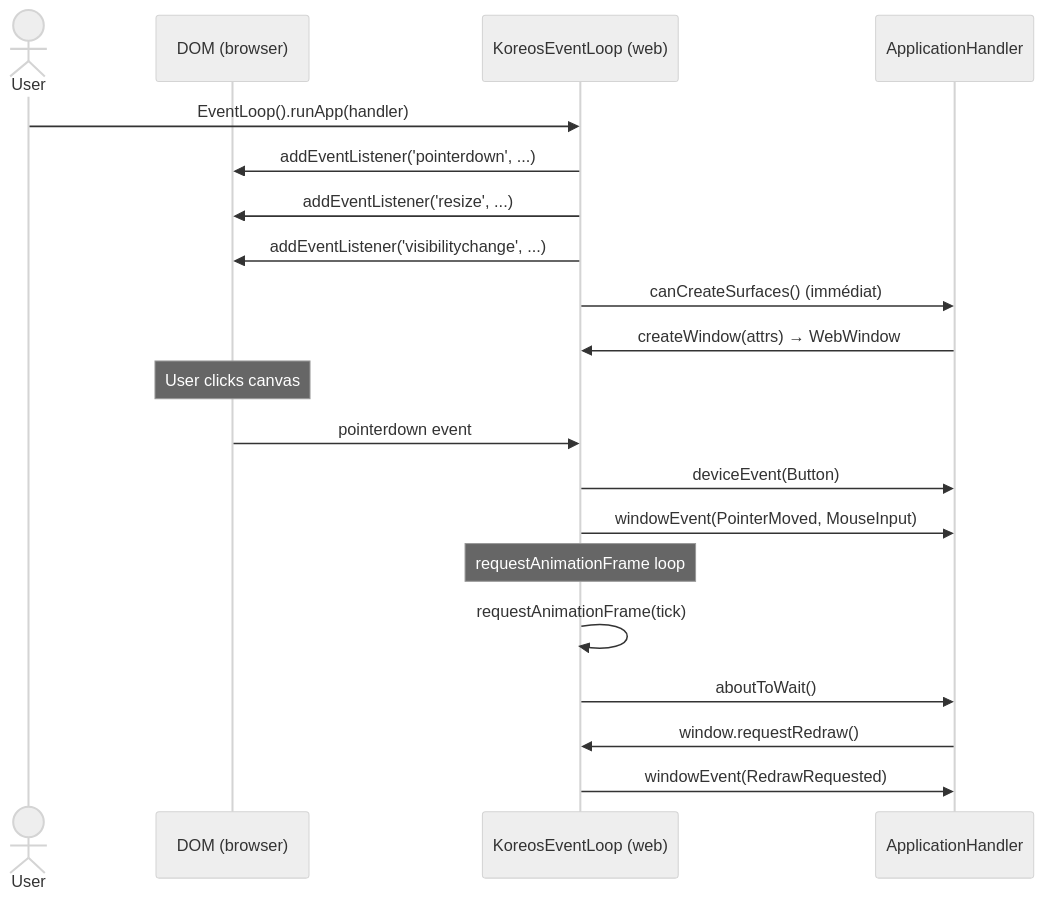
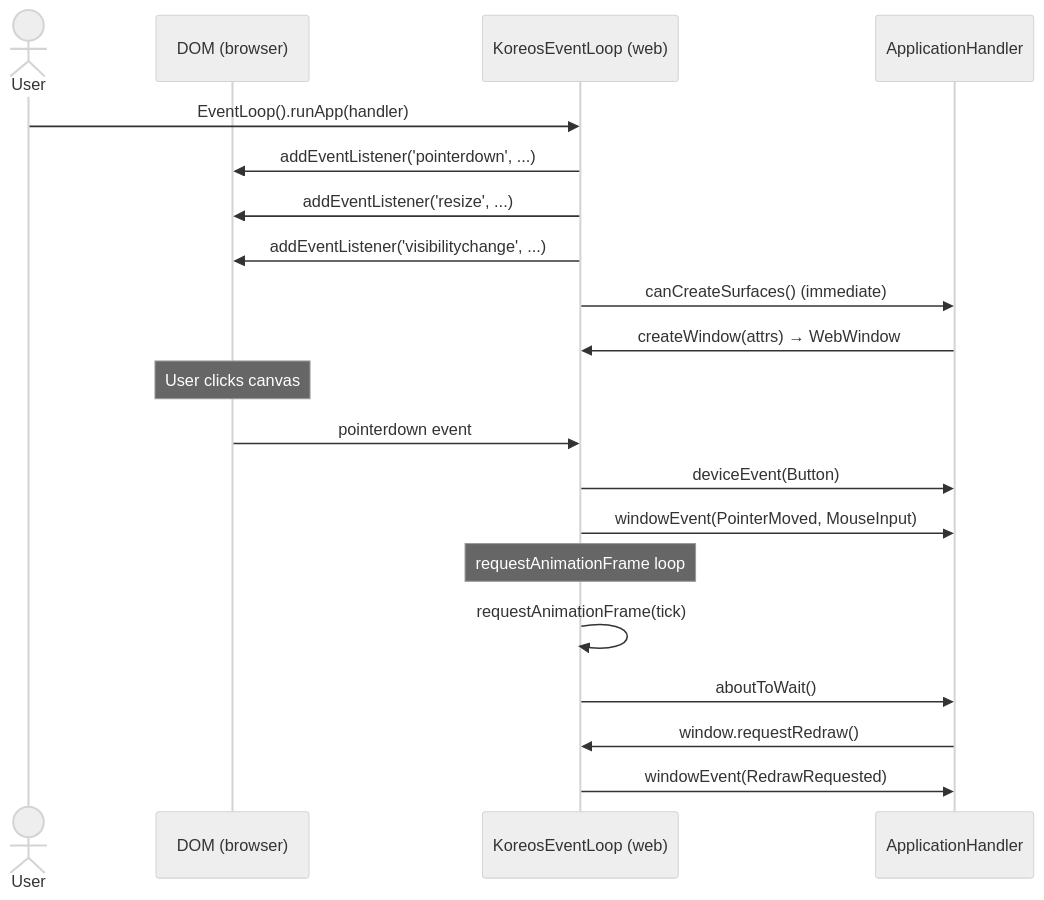
The second of 4 diagrams in docs/koreos/specs-v0.2.md (ygdrasil-io/poc-koreos), drawn with Mermaid (neutral theme) before and after one commit. The commit also changed other lines of this file and 47 other files, not shown here.

````diff
--- a/docs/koreos/specs-v0.2.md
+++ b/docs/koreos/specs-v0.2.md
@@ -180,25 +179,25 @@
 ```mermaid
 sequenceDiagram
     actor User
     participant DOM as DOM (browser)
     participant EL as KoreosEventLoop (web)
     participant Handler as ApplicationHandler
 
     User->>EL: EventLoop().runApp(handler)
     EL->>DOM: addEventListener('pointerdown', ...)
     EL->>DOM: addEventListener('resize', ...)
     EL->>DOM: addEventListener('visibilitychange', ...)
-    EL->>Handler: canCreateSurfaces() (immédiat)
+    EL->>Handler: canCreateSurfaces() (immediate)
     Handler->>EL: createWindow(attrs) → WebWindow
 
     Note over DOM: User clicks canvas
     DOM->>EL: pointerdown event
     EL->>Handler: deviceEvent(Button)
     EL->>Handler: windowEvent(PointerMoved, MouseInput)
 
     Note over EL: requestAnimationFrame loop
     EL->>EL: requestAnimationFrame(tick)
     EL->>Handler: aboutToWait()
     Handler->>EL: window.requestRedraw()
     EL->>Handler: windowEvent(RedrawRequested)
 ```
````
